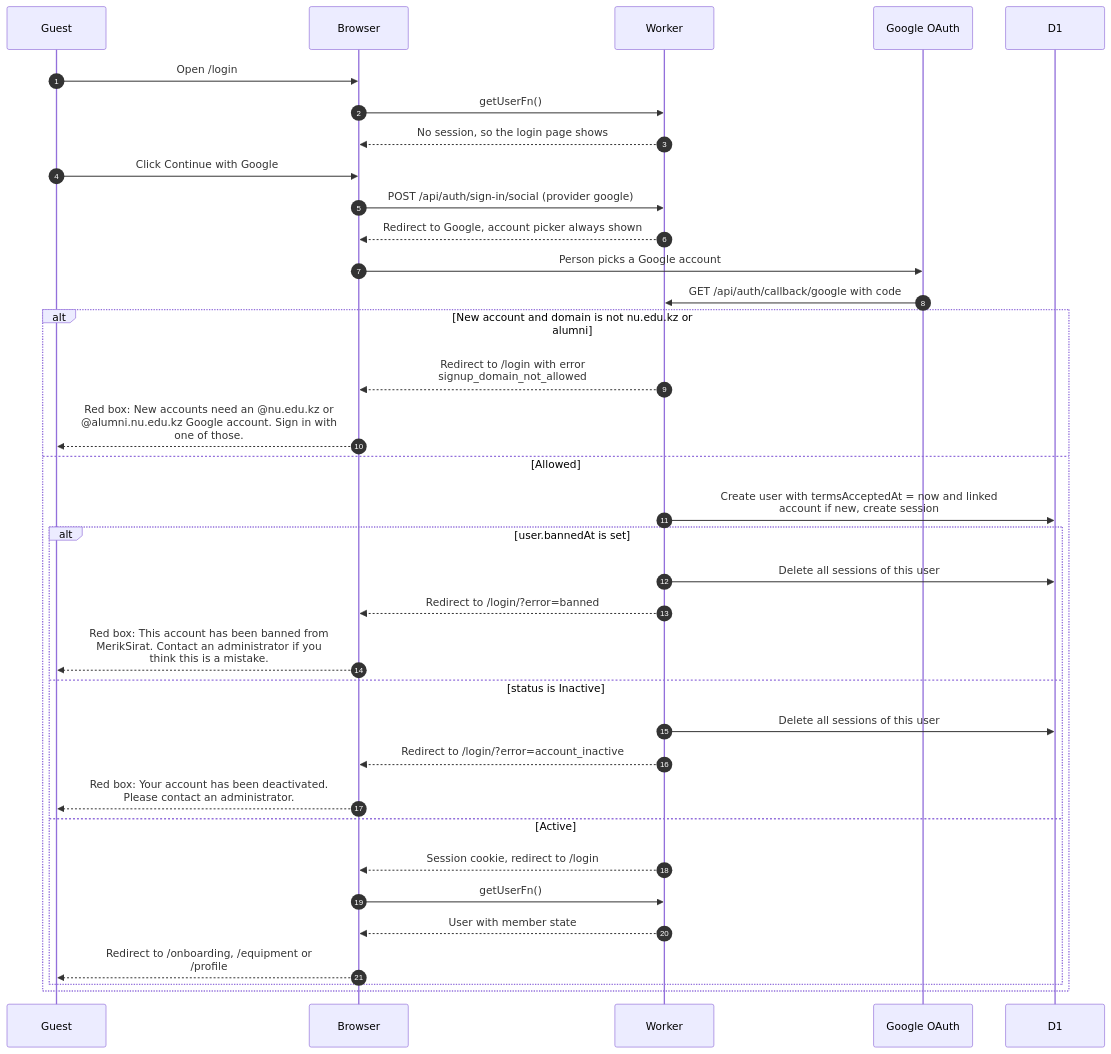
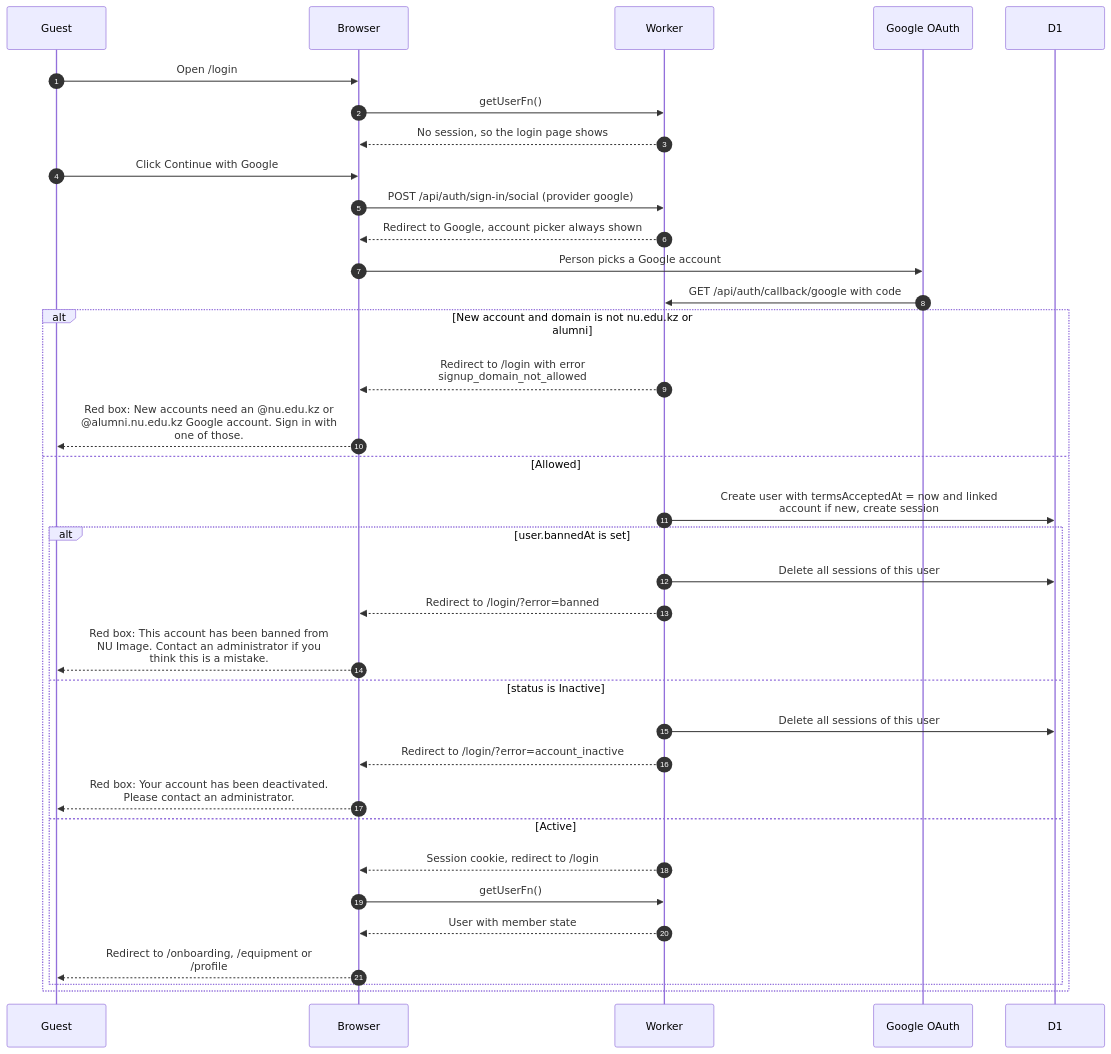
Before and after one commit to sagyzdop/meriksirat: the diagram in docs/scenarios/account/sign-in.md, drawn with Mermaid. The commit also changed other lines of this file and 33 other files, not shown here.

````diff
--- a/docs/scenarios/account/sign-in.md
+++ b/docs/scenarios/account/sign-in.md
@@ -52,37 +53,37 @@
 ```mermaid
 sequenceDiagram
     autonumber
     participant P as Guest
     participant B as Browser
     participant W as Worker
     participant G as Google OAuth
     participant D as D1
     P->>B: Open /login
     B->>W: getUserFn()
     W-->>B: No session, so the login page shows
     P->>B: Click Continue with Google
     B->>W: POST /api/auth/sign-in/social (provider google)
     W-->>B: Redirect to Google, account picker always shown
     B->>G: Person picks a Google account
     G->>W: GET /api/auth/callback/google with code
     alt New account and domain is not nu.edu.kz or alumni
         W-->>B: Redirect to /login with error<br/>signup_domain_not_allowed
         B-->>P: Red box: New accounts need an @nu.edu.kz or<br/>@alumni.nu.edu.kz Google account. Sign in with<br/>one of those.
     else Allowed
         W->>D: Create user with termsAcceptedAt = now and linked<br/>account if new, create session
         alt user.bannedAt is set
             W->>D: Delete all sessions of this user
             W-->>B: Redirect to /login/?error=banned
-            B-->>P: Red box: This account has been banned from<br/>MerikSirat. Contact an administrator if you<br/>think this is a mistake.
+            B-->>P: Red box: This account has been banned from<br/>NU Image. Contact an administrator if you<br/>think this is a mistake.
         else status is Inactive
             W->>D: Delete all sessions of this user
             W-->>B: Redirect to /login/?error=account_inactive
             B-->>P: Red box: Your account has been deactivated.<br/>Please contact an administrator.
         else Active
             W-->>B: Session cookie, redirect to /login
             B->>W: getUserFn()
             W-->>B: User with member state
             B-->>P: Redirect to /onboarding, /equipment or<br/>/profile
         end
     end
 ```
````
